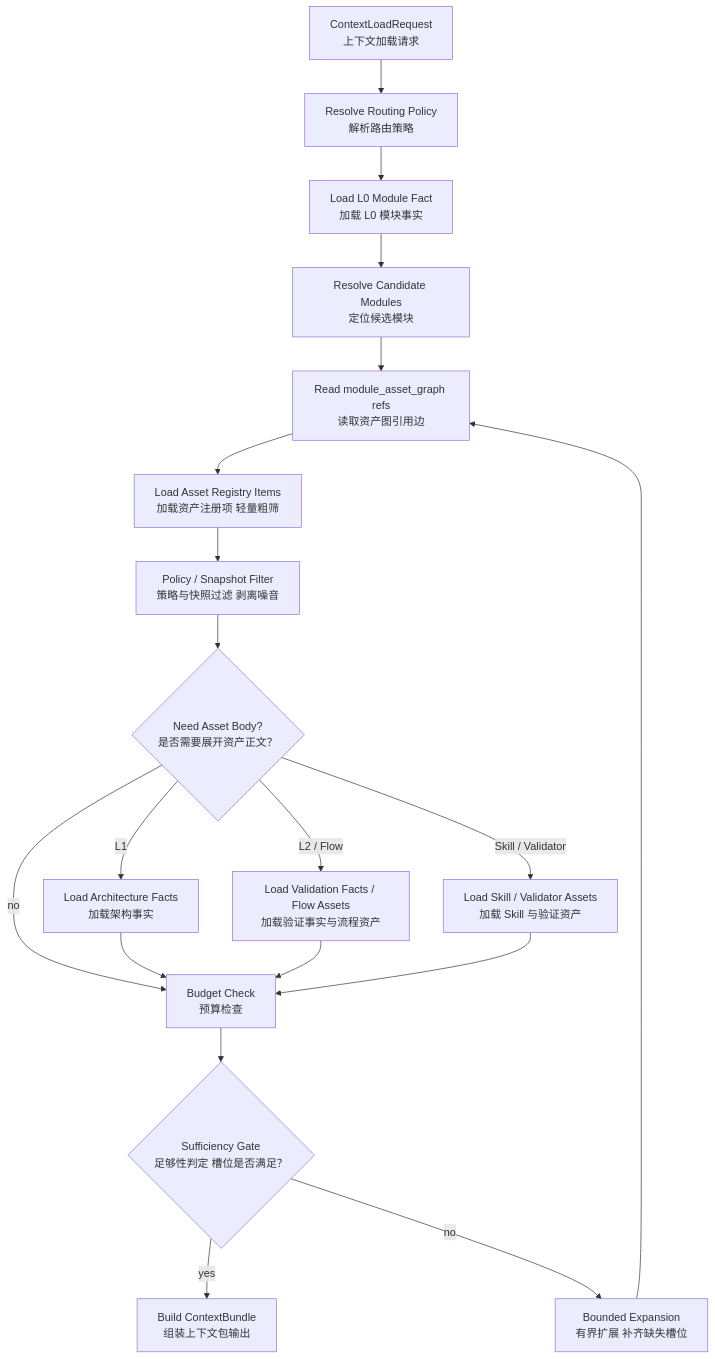
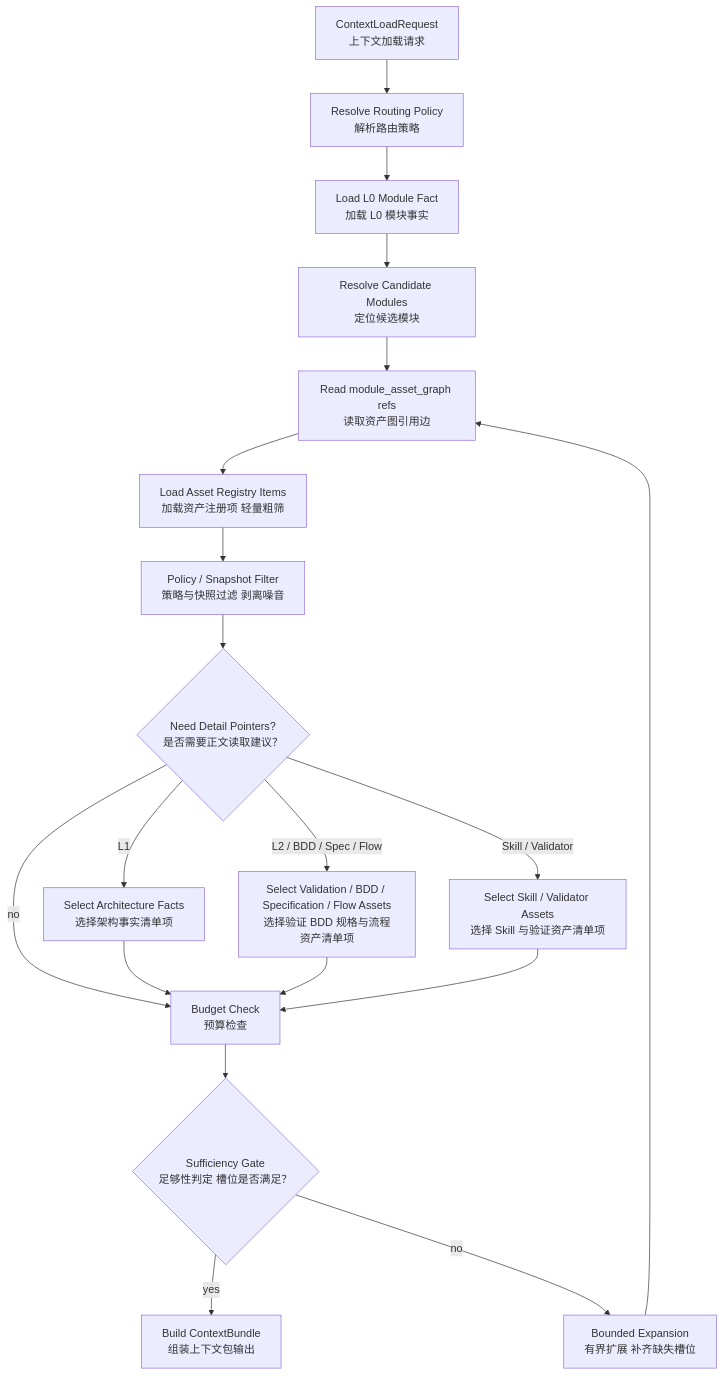
The fifth of 5 diagrams in docs/uconnect-context-management.zh.md (daihothot/uconnect), drawn with Mermaid before and after one commit. The commit also changed other lines of this file, not shown here.

First line of the commit message:
enhance(docs): add Specification Asset and BDD Scenario Asset types

````diff
--- a/docs/uconnect-context-management.zh.md
+++ b/docs/uconnect-context-management.zh.md
@@ -3247,21 +3727,21 @@
 ```mermaid
 flowchart TB
-    Request[ContextLoadRequest<br/>上下文加载请求] --> Policy[Resolve Routing Policy<br/>解析路由策略]
-    Policy --> L0[Load L0 Module Fact<br/>加载 L0 模块事实]
-    L0 --> Modules[Resolve Candidate Modules<br/>定位候选模块]
-    Modules --> Graph[Read module_asset_graph refs<br/>读取资产图引用边]
-    Graph --> Registry[Load Asset Registry Items<br/>加载资产注册项 轻量粗筛]
-    Registry --> PolicyFilter[Policy / Snapshot Filter<br/>策略与快照过滤 剥离噪音]
-    PolicyFilter --> NeedBody{Need Asset Body?<br/>是否需要展开资产正文？}
-    NeedBody -- L1 --> L1[Load Architecture Facts<br/>加载架构事实]
-    NeedBody -- L2 / Flow --> L2[Load Validation Facts / Flow Assets<br/>加载验证事实与流程资产]
-    NeedBody -- Skill / Validator --> Shared[Load Skill / Validator Assets<br/>加载 Skill 与验证资产]
-    NeedBody -- no --> Budget[Budget Check<br/>预算检查]
+    Request["ContextLoadRequest<br/>上下文加载请求"] --> Policy["Resolve Routing Policy<br/>解析路由策略"]
+    Policy --> L0["Load L0 Module Fact<br/>加载 L0 模块事实"]
+    L0 --> Modules["Resolve Candidate Modules<br/>定位候选模块"]
+    Modules --> Graph["Read module_asset_graph refs<br/>读取资产图引用边"]
+    Graph --> Registry["Load Asset Registry Items<br/>加载资产注册项 轻量粗筛"]
+    Registry --> PolicyFilter["Policy / Snapshot Filter<br/>策略与快照过滤 剥离噪音"]
+    PolicyFilter --> NeedDetails{"Need Detail Pointers?<br/>是否需要正文读取建议？"}
+    NeedDetails -->|L1| L1["Select Architecture Facts<br/>选择架构事实清单项"]
+    NeedDetails -->|L2 / BDD / Spec / Flow| L2["Select Validation / BDD / Specification / Flow Assets<br/>选择验证 BDD 规格与流程资产清单项"]
+    NeedDetails -->|Skill / Validator| Shared["Select Skill / Validator Assets<br/>选择 Skill 与验证资产清单项"]
+    NeedDetails -->|no| Budget["Budget Check<br/>预算检查"]
     L1 --> Budget
     L2 --> Budget
     Shared --> Budget
-    Budget --> Enough{Sufficiency Gate<br/>足够性判定 槽位是否满足？}
-    Enough -- yes --> Bundle[Build ContextBundle<br/>组装上下文包输出]
-    Enough -- no --> Expand[Bounded Expansion<br/>有界扩展 补齐缺失槽位]
+    Budget --> Enough{"Sufficiency Gate<br/>足够性判定 槽位是否满足？"}
+    Enough -->|yes| Bundle["Build ContextBundle<br/>组装上下文包输出"]
+    Enough -->|no| Expand["Bounded Expansion<br/>有界扩展 补齐缺失槽位"]
     Expand --> Graph
 ```
````
